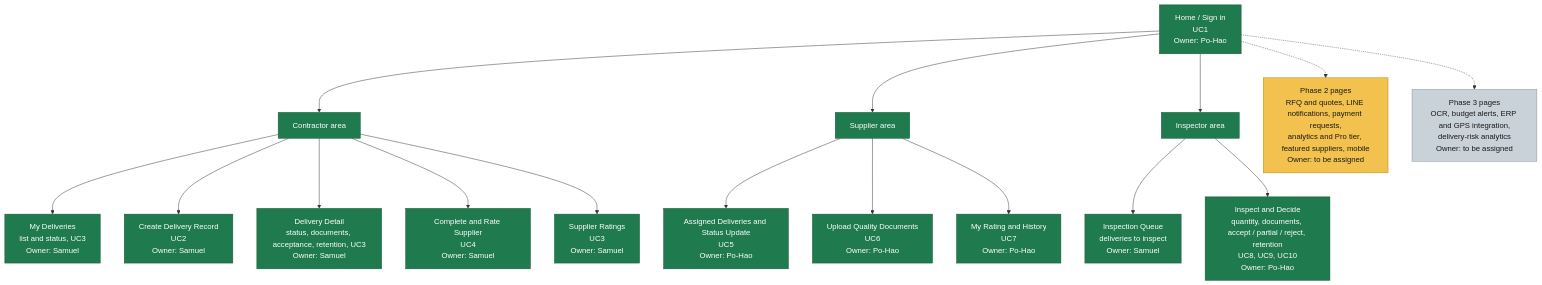
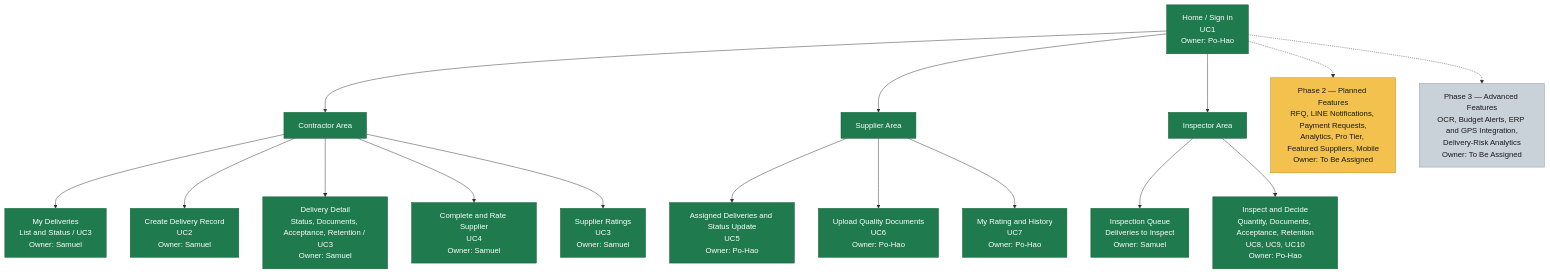
Before and after one commit to samwichi/siteproof: the diagram in README.md, drawn with Mermaid. The commit also changed other lines of this file, not shown here.

````diff
--- a/README.md
+++ b/README.md
@@ -28,28 +136,29 @@
 ```mermaid
 graph TD
     HOME["Home / Sign in<br/>UC1<br/>Owner: Po-Hao"]:::p1
 
-    HOME --> CON["Contractor area"]:::p1
-    HOME --> SUP["Supplier area"]:::p1
-    HOME --> INS["Inspector area"]:::p1
+    HOME --> CON["Contractor Area"]:::p1
+    HOME --> SUP["Supplier Area"]:::p1
+    HOME --> INS["Inspector Area"]:::p1
 
-    CON --> C1["My Deliveries<br/>list and status, UC3<br/>Owner: Samuel"]:::p1
+    CON --> C1["My Deliveries<br/>List and Status / UC3<br/>Owner: Samuel"]:::p1
     CON --> C2["Create Delivery Record<br/>UC2<br/>Owner: Samuel"]:::p1
-    CON --> C3["Delivery Detail<br/>status, documents, acceptance, retention, UC3<br/>Owner: Samuel"]:::p1
+    CON --> C3["Delivery Detail<br/>Status, Documents, Acceptance, Retention / UC3<br/>Owner: Samuel"]:::p1
     CON --> C4["Complete and Rate Supplier<br/>UC4<br/>Owner: Samuel"]:::p1
     CON --> C5["Supplier Ratings<br/>UC3<br/>Owner: Samuel"]:::p1
 
     SUP --> S1["Assigned Deliveries and Status Update<br/>UC5<br/>Owner: Po-Hao"]:::p1
     SUP --> S2["Upload Quality Documents<br/>UC6<br/>Owner: Po-Hao"]:::p1
     SUP --> S3["My Rating and History<br/>UC7<br/>Owner: Po-Hao"]:::p1
 
-    INS --> I1["Inspection Queue<br/>deliveries to inspect<br/>Owner: Samuel"]:::p1
-    INS --> I2["Inspect and Decide<br/>quantity, documents, accept / partial / reject, retention<br/>UC8, UC9, UC10<br/>Owner: Po-Hao"]:::p1
+    INS --> I1["Inspection Queue<br/>Deliveries to Inspect<br/>Owner: Samuel"]:::p1
+    INS --> I2["Inspect and Decide<br/>Quantity, Documents, Acceptance, Retention<br/>UC8, UC9, UC10<br/>Owner: Po-Hao"]:::p1
 
-    HOME -.-> F2["Phase 2 pages<br/>RFQ and quotes, LINE notifications, payment requests,<br/>analytics and Pro tier, featured suppliers, mobile<br/>Owner: to be assigned"]:::p2
-    HOME -.-> F3["Phase 3 pages<br/>OCR, budget alerts, ERP and GPS integration,<br/>delivery-risk analytics<br/>Owner: to be assigned"]:::p3
+    HOME -.-> F2["Phase 2 — Planned Features<br/>RFQ, LINE Notifications, Payment Requests,<br/>Analytics, Pro Tier, Featured Suppliers, Mobile<br/>Owner: To Be Assigned"]:::p2
+
+    HOME -.-> F3["Phase 3 — Advanced Features<br/>OCR, Budget Alerts, ERP and GPS Integration,<br/>Delivery-Risk Analytics<br/>Owner: To Be Assigned"]:::p3
 
     classDef p1 fill:#1f7a4d,stroke:#145a38,color:#ffffff
     classDef p2 fill:#f2c14e,stroke:#b8860b,color:#1a1a1a
     classDef p3 fill:#c9d1d9,stroke:#8b949e,color:#1a1a1a
 ```
````
